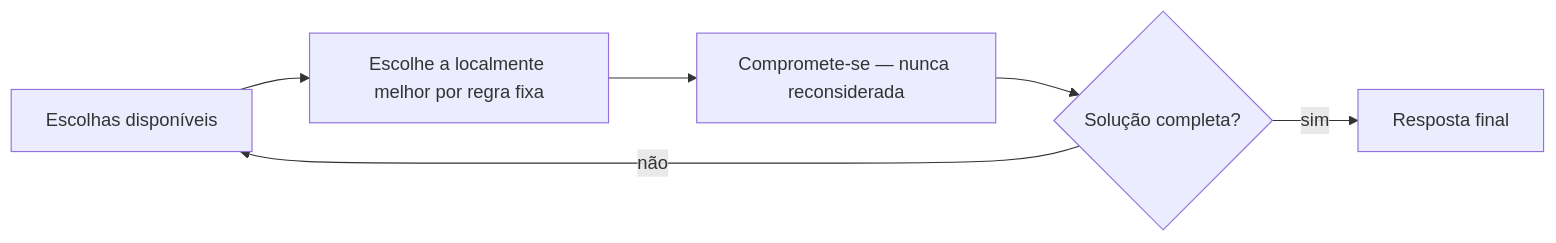
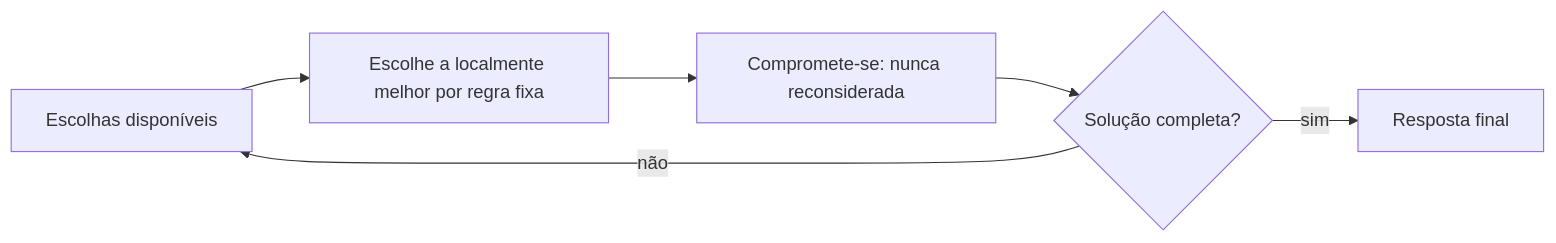
Before and after one commit to alexcastrodev/my-university: the diagram in backend/src/seed/data/curriculum/algorithms-software/algorithms/content/the-greedy-paradigm/pt-BR.md, drawn with Mermaid. The commit also changed other lines of this file and 27 other files, not shown here.

````diff
--- a/backend/src/seed/data/curriculum/algorithms-software/algorithms/content/the-greedy-paradigm/pt-BR.md
+++ b/backend/src/seed/data/curriculum/algorithms-software/algorithms/content/the-greedy-paradigm/pt-BR.md
@@ -31,8 +31,8 @@
 ```mermaid
 graph LR
     A["Escolhas disponíveis"] --> B["Escolhe a localmente melhor por regra fixa"]
-    B --> C["Compromete-se — nunca reconsiderada"]
+    B --> C["Compromete-se: nunca reconsiderada"]
     C --> D{"Solução completa?"}
     D -->|não| A
     D -->|sim| E["Resposta final"]
 ```
````
